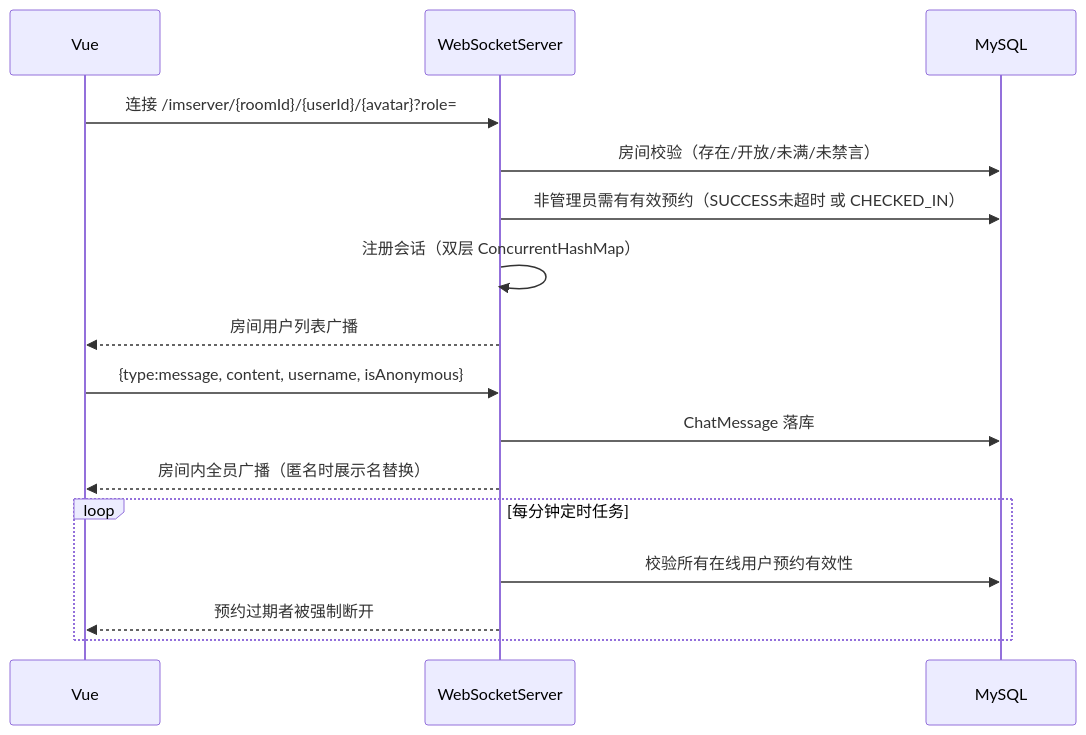
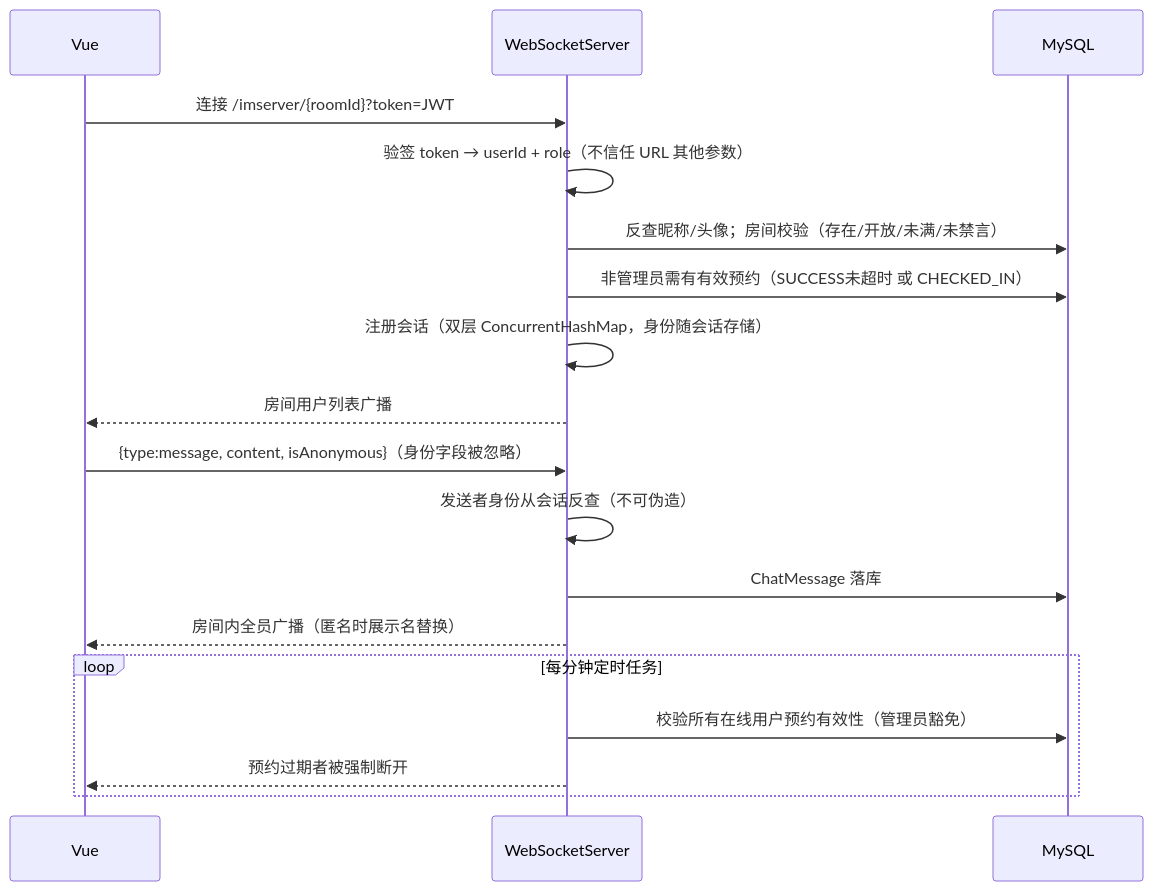
The fifth of 6 diagrams in docs/architecture.md (q1ngn1ng-web/library-reading-room), drawn with Mermaid before and after one commit. The commit also changed other lines of this file and 18 other files, not shown here.

Commit message:
feat(security): 安全三件套——BCrypt 密码哈希（含启动迁移器）、JWT 独立密钥+角色声明、WebSocket token 握手鉴权与服务端身份反查；修复改密原密码校验失效、拦截路径覆盖缺口（/chatRoom /chat /notice）

````diff
--- a/docs/architecture.md
+++ b/docs/architecture.md
@@ -120,18 +119,20 @@
 ```mermaid
 sequenceDiagram
     participant V as Vue
     participant W as WebSocketServer
     participant DB as MySQL
-    V->>W: 连接 /imserver/{roomId}/{userId}/{avatar}?role=
-    W->>DB: 房间校验（存在/开放/未满/未禁言）
+    V->>W: 连接 /imserver/{roomId}?token=JWT
+    W->>W: 验签 token → userId + role（不信任 URL 其他参数）
+    W->>DB: 反查昵称/头像；房间校验（存在/开放/未满/未禁言）
     W->>DB: 非管理员需有有效预约（SUCCESS未超时 或 CHECKED_IN）
-    W->>W: 注册会话（双层 ConcurrentHashMap）
+    W->>W: 注册会话（双层 ConcurrentHashMap，身份随会话存储）
     W-->>V: 房间用户列表广播
-    V->>W: {type:message, content, username, isAnonymous}
+    V->>W: {type:message, content, isAnonymous}（身份字段被忽略）
+    W->>W: 发送者身份从会话反查（不可伪造）
     W->>DB: ChatMessage 落库
     W-->>V: 房间内全员广播（匿名时展示名替换）
     loop 每分钟定时任务
-        W->>DB: 校验所有在线用户预约有效性
+        W->>DB: 校验所有在线用户预约有效性（管理员豁免）
         W-->>V: 预约过期者被强制断开
     end
 ```
````
